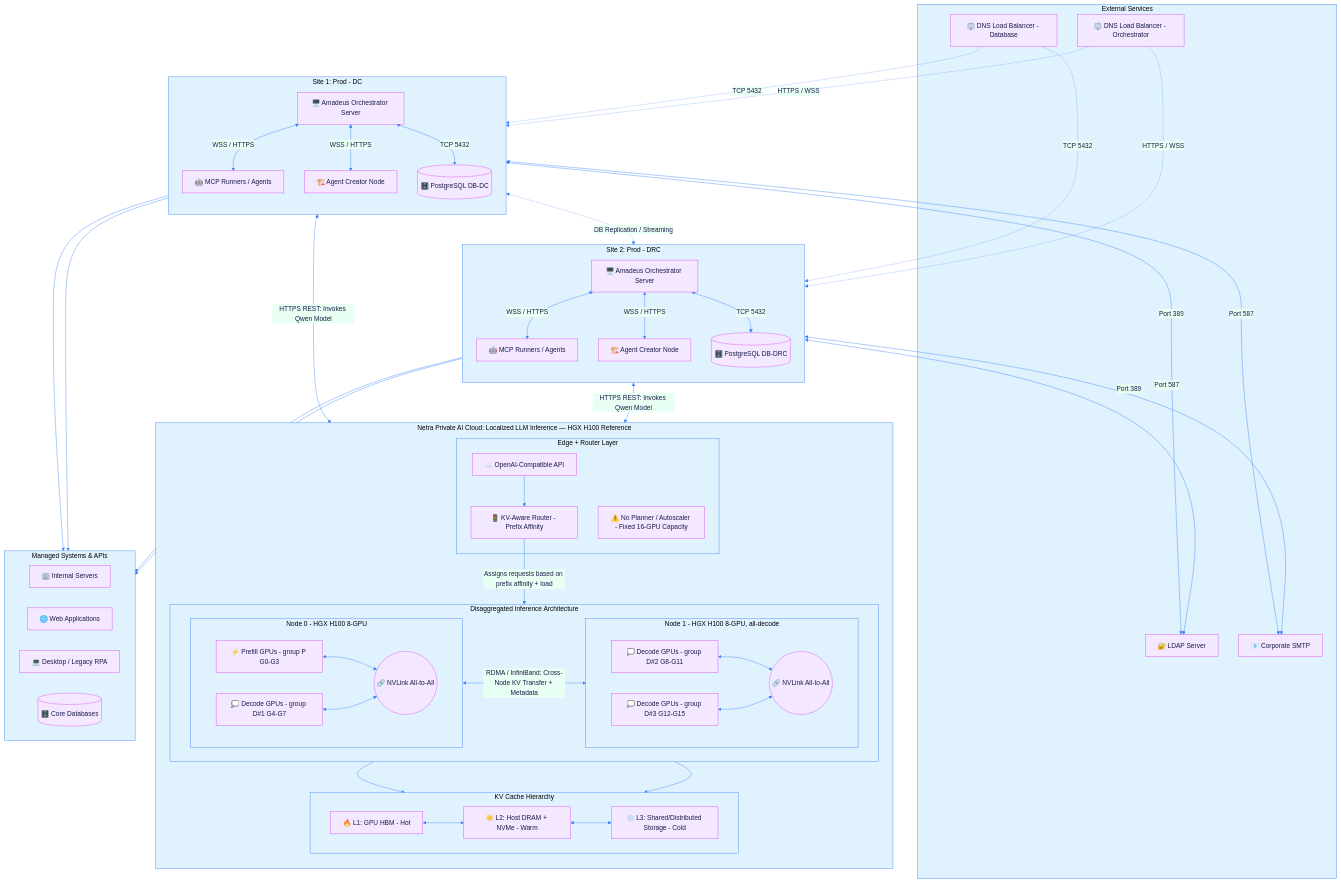
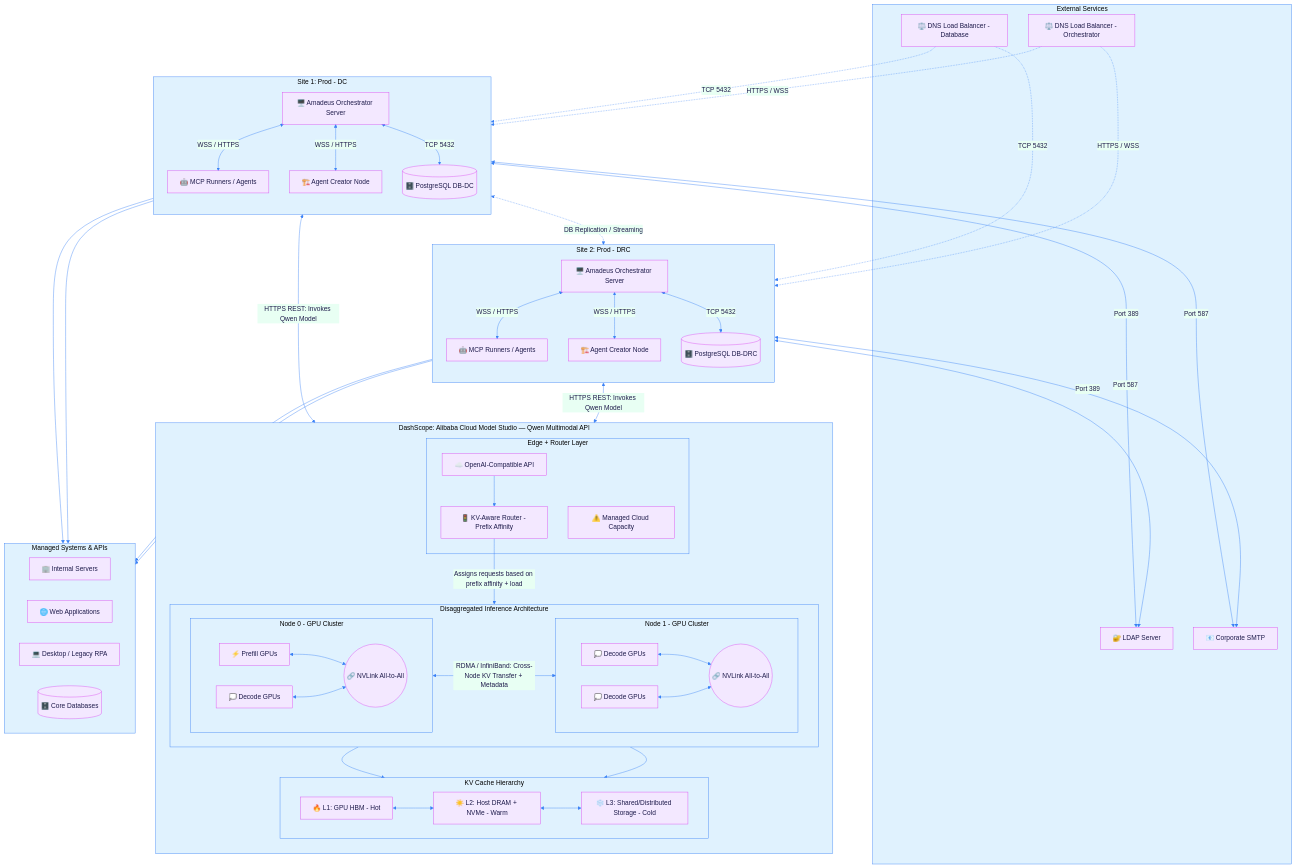
Before and after one commit to Engineering-Reality/kachponz: the third of 4 diagrams in README.md, drawn with Mermaid. The commit also changed other lines of this file and 20 other files, not shown here.

Commit message:
Refactor: Migrate from Netra to DashScope API for multimodal LLM interactions

```diff
--- a/README.md
+++ b/README.md
@@ -186,28 +186,28 @@
         CR_DRC <-->|TCP 5432| DB_DRC
     end
 
-    subgraph NetraCloud [Netra Private AI Cloud: Localized LLM Inference — HGX H100 Reference]
+    subgraph DashScopeCloud [DashScope: Alibaba Cloud Model Studio — Qwen Multimodal API]
         direction TB
         subgraph EdgeLayer [Edge + Router Layer]
-            NetraAPI[☁️ OpenAI-Compatible API]
+            DashScopeAPI[☁️ OpenAI-Compatible API]
             KVRouter[🚦 KV-Aware Router - Prefix Affinity]
-            Fixed[⚠️ No Planner / Autoscaler - Fixed 16-GPU Capacity]
-            NetraAPI --> KVRouter
+            Fixed[⚠️ Managed Cloud Capacity]
+            DashScopeAPI --> KVRouter
         end
 
         subgraph DisaggregatedInference [Disaggregated Inference Architecture]
             direction LR
-            subgraph Node0 [Node 0 - HGX H100 8-GPU]
-                PrefillP[⚡ Prefill GPUs - group P G0-G3]
-                DecodeD1[💭 Decode GPUs - group D#1 G4-G7]
+            subgraph Node0 [Node 0 - GPU Cluster]
+                PrefillP[⚡ Prefill GPUs]
+                DecodeD1[💭 Decode GPUs]
                 NVLink0((🔗 NVLink All-to-All))
                 PrefillP <--> NVLink0
                 DecodeD1 <--> NVLink0
             end
 
-            subgraph Node1 [Node 1 - HGX H100 8-GPU, all-decode]
-                DecodeD2[💭 Decode GPUs - group D#2 G8-G11]
-                DecodeD3[💭 Decode GPUs - group D#3 G12-G15]
+            subgraph Node1 [Node 1 - GPU Cluster]
+                DecodeD2[💭 Decode GPUs]
+                DecodeD3[💭 Decode GPUs]
                 NVLink1((🔗 NVLink All-to-All))
                 DecodeD2 <--> NVLink1
                 DecodeD3 <--> NVLink1
@@ -250,9 +250,9 @@
     CR_DRC <-->|Port 389| LDAP
     CR_DRC <-->|Port 587| SMTP
 
-    %% Amadeus to Netra LLM Connection
-    CR_DC <-->|HTTPS REST: Invokes Qwen Model| NetraAPI
-    CR_DRC <-->|HTTPS REST: Invokes Qwen Model| NetraAPI
+    %% Amadeus to DashScope LLM Connection
+    CR_DC <-->|HTTPS REST: Invokes Qwen Model| DashScopeAPI
+    CR_DRC <-->|HTTPS REST: Invokes Qwen Model| DashScopeAPI
 
     %% Agents to Internal Tools
     Runner_DC --> ManagedSystems
```
